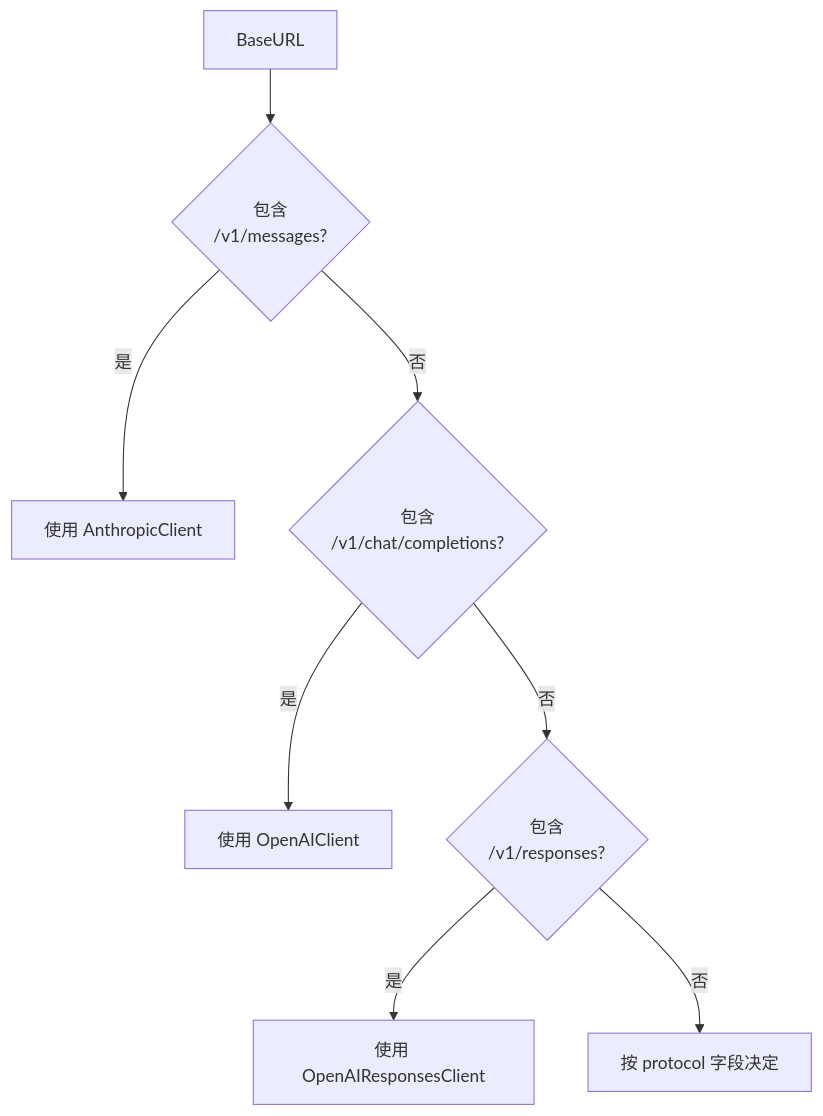
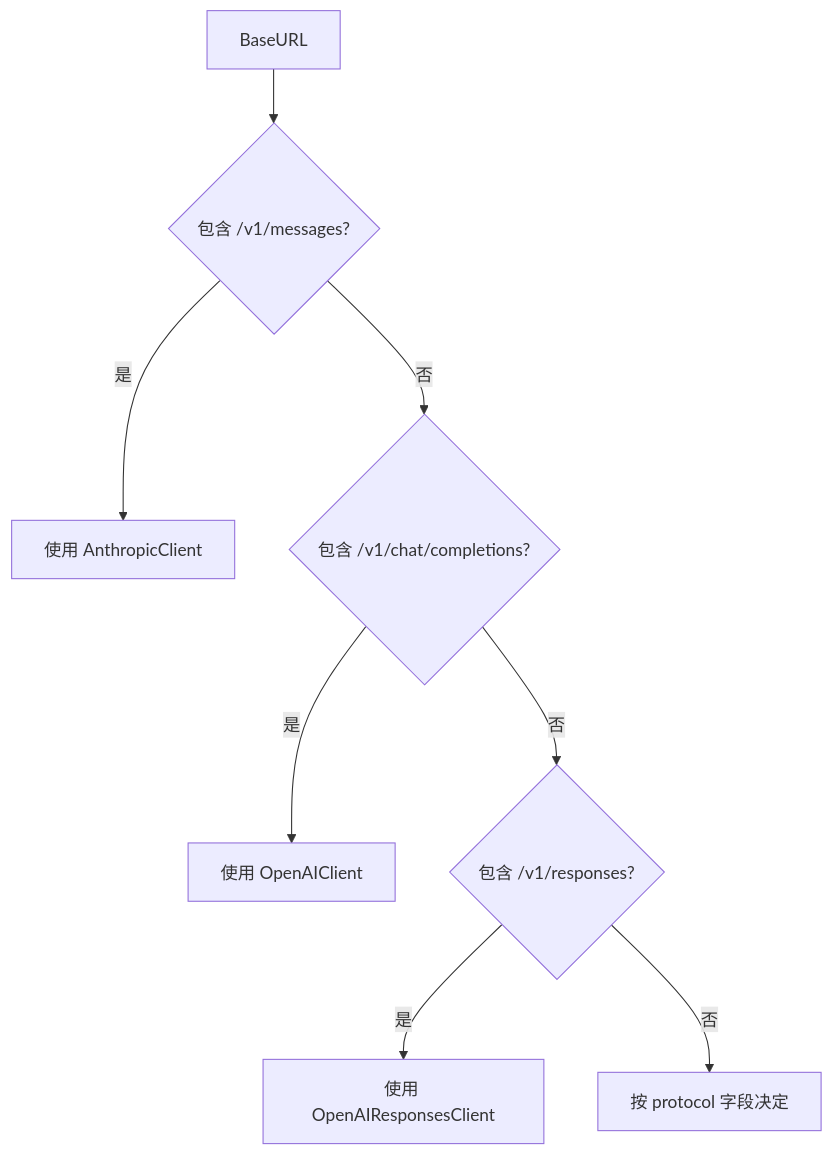
Before and after one commit to awesome-flexloop/awesome-okf: the fifth of 5 diagrams in doc/bundles/jishu/ai/products/open-code-review/concepts/02-llm-providers.md, drawn with Mermaid. The commit also changed other lines of this file and 10 other files, not shown here.

First line of the commit message:
docs(bundle): 清偿 Open Code Review 存量 Mermaid 违规避免规范漂移累积

````diff
--- a/doc/bundles/jishu/ai/products/open-code-review/concepts/02-llm-providers.md
+++ b/doc/bundles/jishu/ai/products/open-code-review/concepts/02-llm-providers.md
@@ -874,10 +869,10 @@
 ```mermaid
 flowchart TD
-    URL["BaseURL"] --> Check1{"包含<br/>/v1/messages?"}
+    URL["BaseURL"] --> Check1{"包含 /v1/messages?"}
     Check1 -->|"是"| Anthropic["使用 AnthropicClient"]
-    Check1 -->|"否"| Check2{"包含<br/>/v1/chat/completions?"}
+    Check1 -->|"否"| Check2{"包含 /v1/chat/completions?"}
     Check2 -->|"是"| OpenAI["使用 OpenAIClient"]
-    Check2 -->|"否"| Check3{"包含<br/>/v1/responses?"}
+    Check2 -->|"否"| Check3{"包含 /v1/responses?"}
     Check3 -->|"是"| Responses["使用 OpenAIResponsesClient"]
     Check3 -->|"否"| Default["按 protocol 字段决定"]
 ```
````
